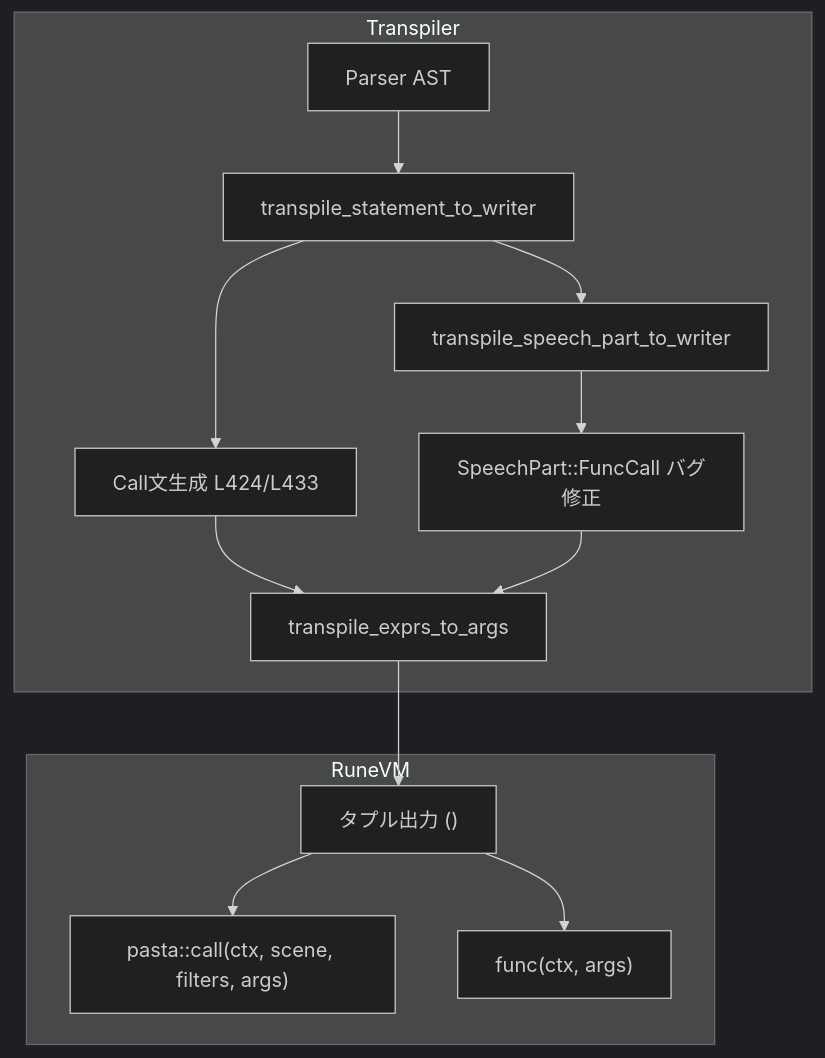
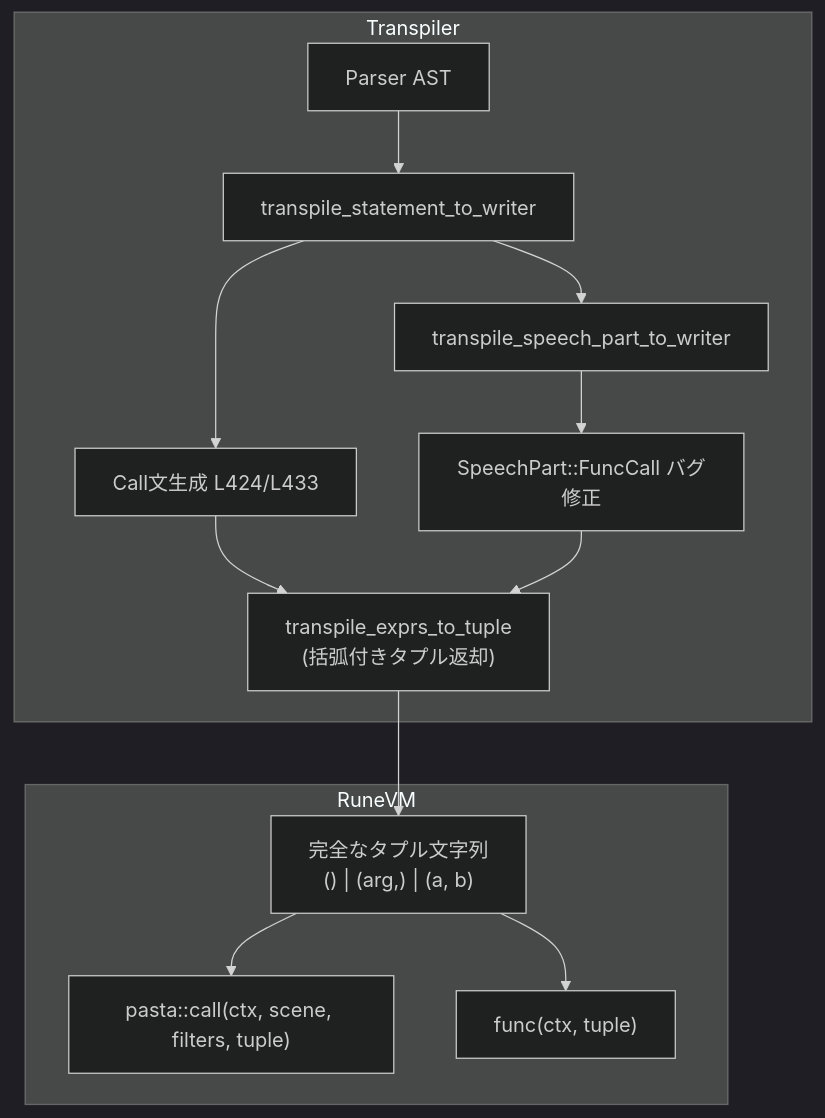
One commit to ekicyou/pasta changed the diagram in .kiro/specs/transpiler-args-tuple-conversion/design.md. Above: the diagram before and after it, drawn with Mermaid (dark theme). The commit also changed other lines of this file, not shown here.

First line of the commit message:
fix(spec): 議題3解決 - transpile_exprs_to_tuple実装（Option A採択）

````diff
--- a/.kiro/specs/transpiler-args-tuple-conversion/design.md
+++ b/.kiro/specs/transpiler-args-tuple-conversion/design.md
@@ -43,17 +43,17 @@
 ```mermaid
 graph TB
     subgraph Transpiler
         Parser[Parser AST] --> TranspileStatement[transpile_statement_to_writer]
         TranspileStatement --> CallGen[Call文生成 L424/L433]
         TranspileStatement --> SpeechGen[transpile_speech_part_to_writer]
         SpeechGen --> FuncCallFix[SpeechPart::FuncCall バグ修正]
-        CallGen --> ArgsHelper[transpile_exprs_to_args]
+        CallGen --> ArgsHelper["transpile_exprs_to_tuple<br/>(括弧付きタプル返却)"]
         FuncCallFix --> ArgsHelper
     end
     
     subgraph RuneVM
-        ArgsHelper --> TupleOutput["タプル出力 ()"]
-        TupleOutput --> PastaCall["pasta::call(ctx, scene, filters, args)"]
-        TupleOutput --> DirectCall["func(ctx, args)"]
+        ArgsHelper --> TupleOutput["完全なタプル文字列<br/>() | (arg,) | (a, b)"]
+        TupleOutput --> PastaCall["pasta::call(ctx, scene, filters, tuple)"]
+        TupleOutput --> DirectCall["func(ctx, tuple)"]
     end
 ```
````
